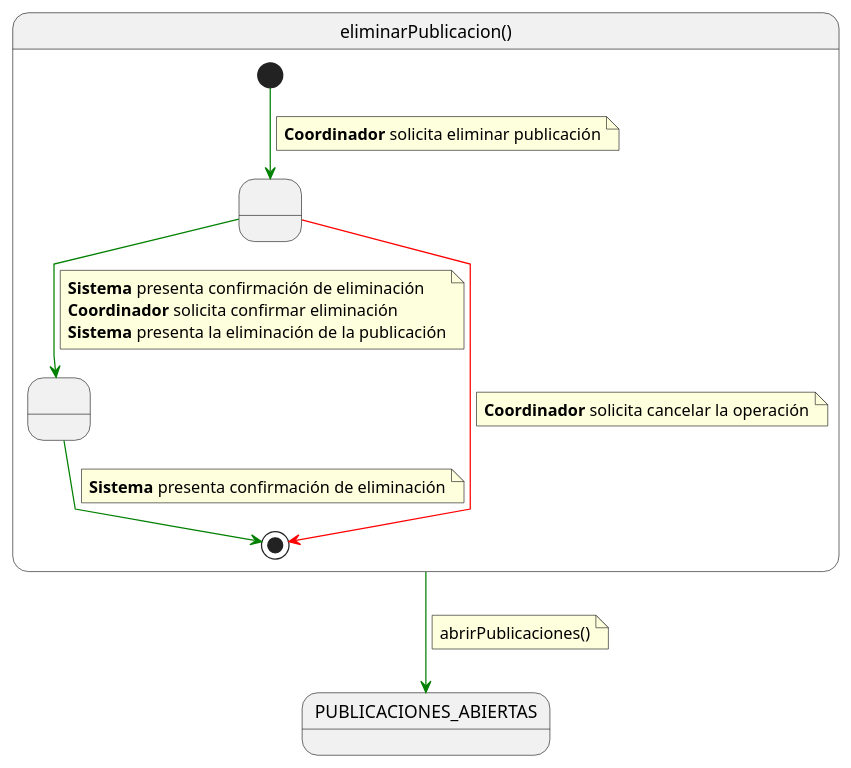
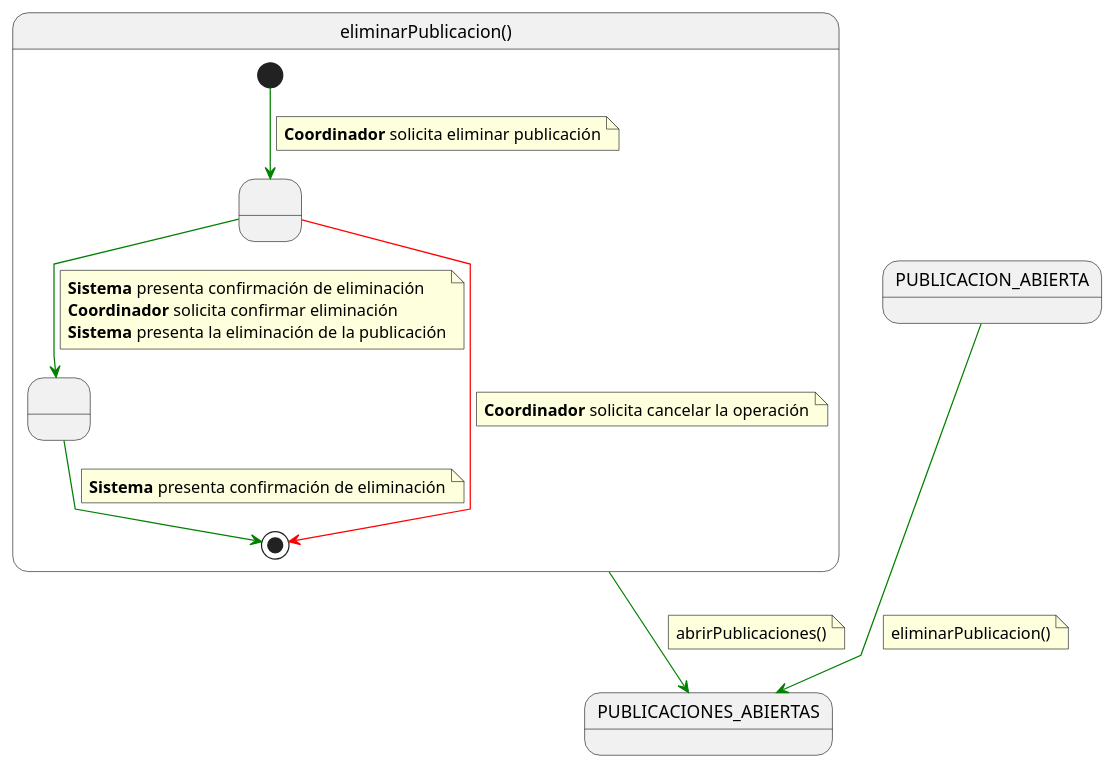
One commit to 31Diego/25-26-IdSw1-SdR changed the diagram in documentación/CasosDeUso/Detalle/Coordinador/07-publicaciones/eliminarPublicacion.puml. Above: the diagram before and after it, drawn with PlantUML. The commit also changed 95 other files, not shown here.

```diff
--- a/documentación/CasosDeUso/Detalle/Coordinador/07-publicaciones/eliminarPublicacion.puml
+++ b/documentación/CasosDeUso/Detalle/Coordinador/07-publicaciones/eliminarPublicacion.puml
@@ -1,38 +1,43 @@
 @startuml eliminarPublicacion
 
 skinparam linetype polyline
 
 state eliminarPublicacion as "eliminarPublicacion()" {
 
     state " " as ConfirmandoEliminacion
     state " " as PublicacionEliminada
 
     [*] -[#green]-> ConfirmandoEliminacion
     note on link
     <b>Coordinador</b> solicita eliminar publicación
     end note
 
     ConfirmandoEliminacion -[#green]-> PublicacionEliminada
     note on link
     <b>Sistema</b> presenta confirmación de eliminación
     <b>Coordinador</b> solicita confirmar eliminación
     <b>Sistema</b> presenta la eliminación de la publicación
     end note
 
     ConfirmandoEliminacion -[#red]-> [*]
     note on link
     <b>Coordinador</b> solicita cancelar la operación
     end note
 
     PublicacionEliminada -[#green]-> [*]
     note on link
     <b>Sistema</b> presenta confirmación de eliminación
     end note
 }
 
+PUBLICACION_ABIERTA -[#green]-> PUBLICACIONES_ABIERTAS
+note on link
+eliminarPublicacion()
+end note
+
 eliminarPublicacion -[#green]-> PUBLICACIONES_ABIERTAS
 note on link
 abrirPublicaciones()
 end note
 
 @enduml
```
